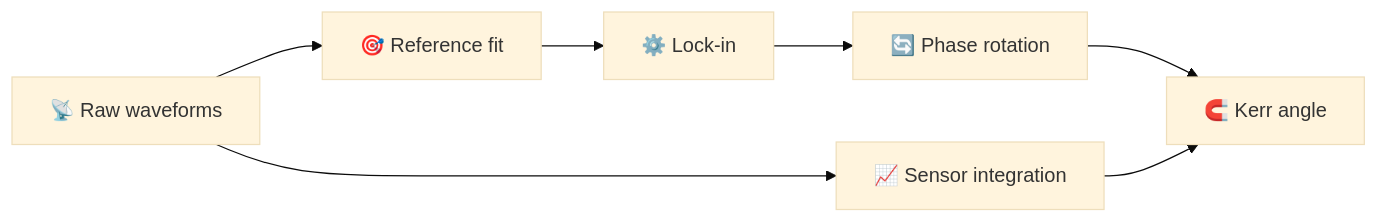
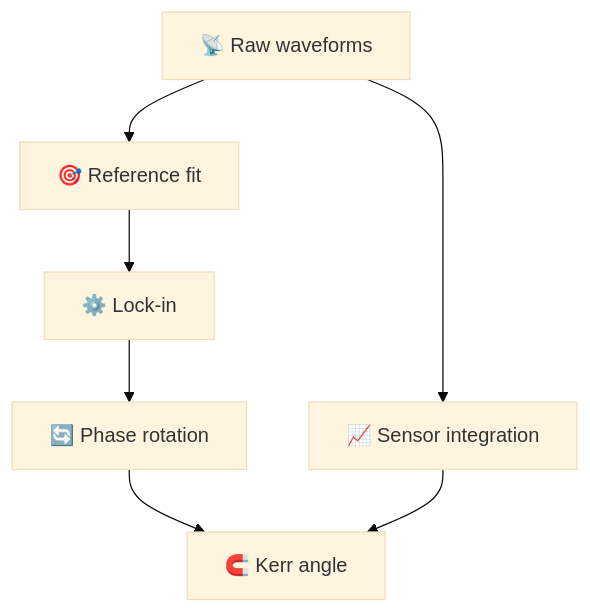
The diagram in README.md (Kerr-group/pmoke), drawn with Mermaid (base theme) before and after one commit. The commit also changed other lines of this file, not shown here.

Commit message:
docs(readme): use explosion wordmark and vertical flow

````diff
--- a/README.md
+++ b/README.md
@@ -32,9 +32,9 @@
 ```mermaid
-flowchart LR
+flowchart TB
     RAW["📡 Raw waveforms"] --> REF["🎯 Reference fit"]
     RAW --> SENSOR["📈 Sensor integration"]
     REF --> LOCKIN["⚙️ Lock-in"]
     LOCKIN --> PHASE["🔄 Phase rotation"]
     PHASE --> KERR["🧲 Kerr angle"]
     SENSOR --> KERR
 ```
````
